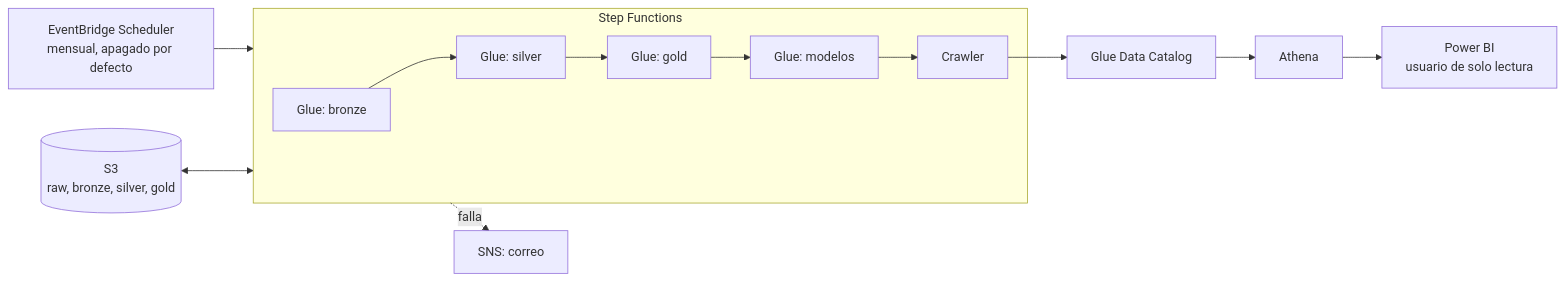
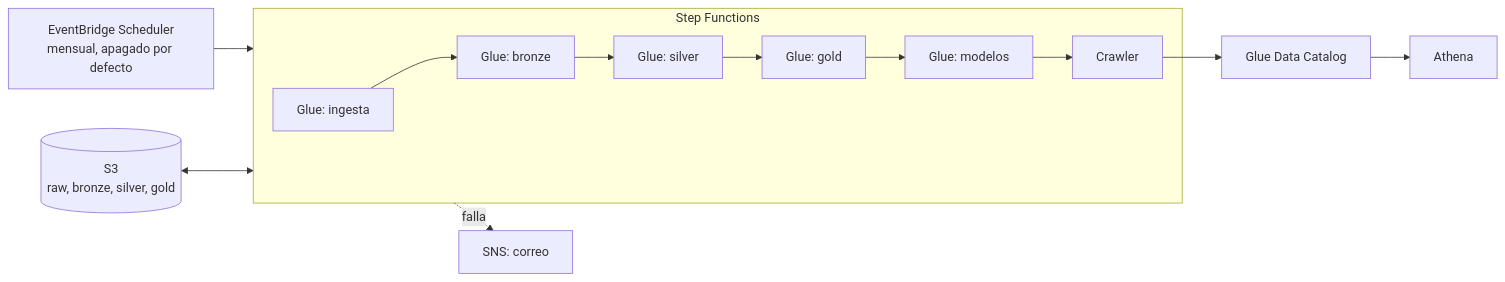
One commit to stufonn-cell/accidentes_project_for_data_science changed the second of 2 diagrams in README.md. Above: the diagram before and after it, drawn with Mermaid. The commit also changed other lines of this file and 177 other files, not shown here.

````diff
--- a/README.md
+++ b/README.md
@@ -151,11 +280,10 @@
 ```mermaid
 flowchart LR
     sched[EventBridge Scheduler<br>mensual, apagado por defecto] --> sfn
     subgraph sfn[Step Functions]
-        b[Glue: bronze] --> s[Glue: silver] --> g[Glue: gold] --> m[Glue: modelos] --> c[Crawler]
+        i[Glue: ingesta] --> b[Glue: bronze] --> s[Glue: silver] --> g[Glue: gold] --> m[Glue: modelos] --> c[Crawler]
     end
     s3[(S3<br>raw, bronze, silver, gold)] <--> sfn
     c --> cat[Glue Data Catalog] --> athena[Athena]
-    athena --> pbi[Power BI<br>usuario de solo lectura]
     sfn -. falla .-> sns[SNS: correo]
 ```
````
